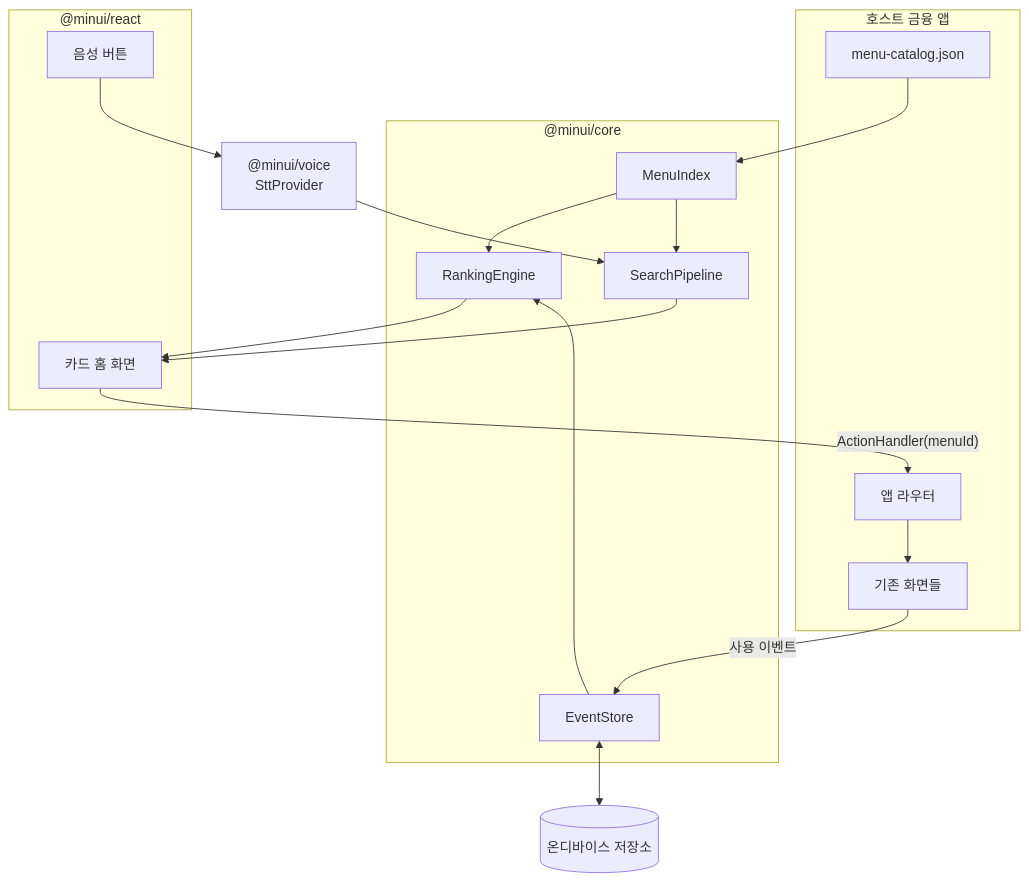
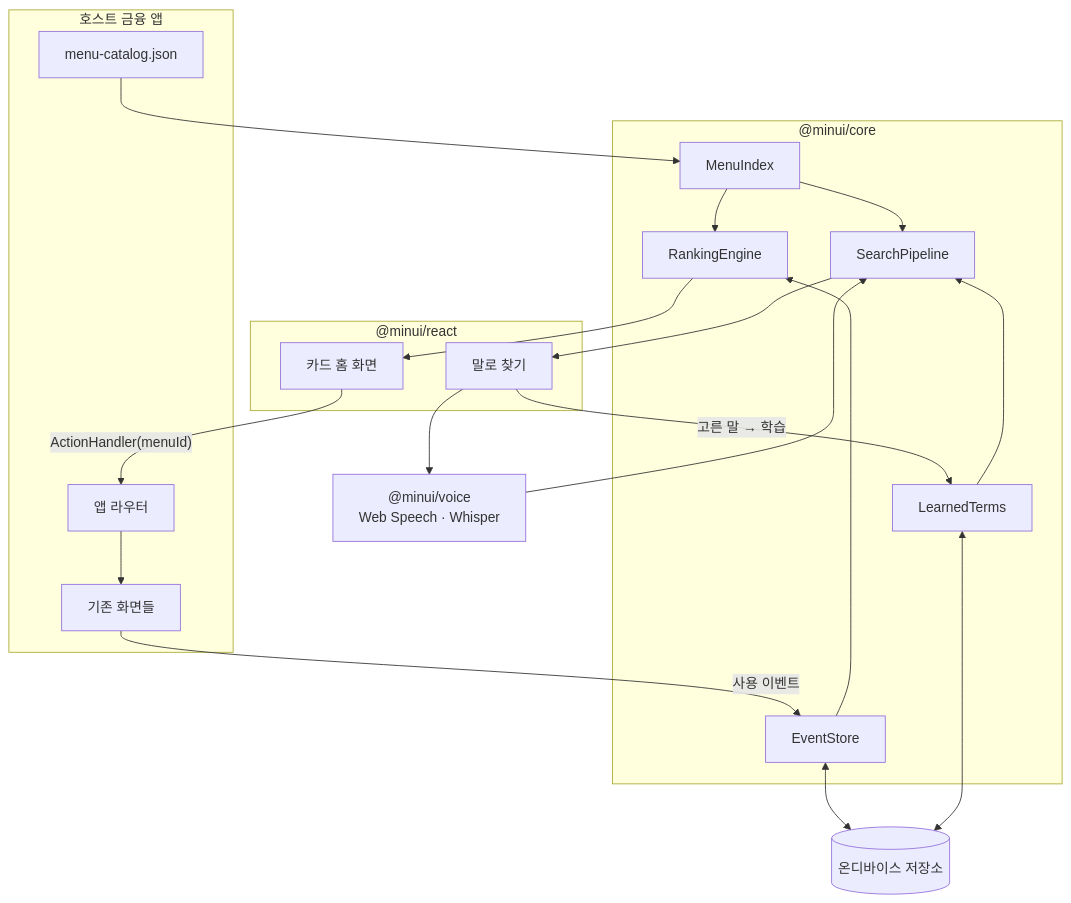
Before and after one commit to W1nyu/minUI: the first of 2 diagrams in docs/기획안.md, drawn with Mermaid. The commit also changed other lines of this file and 6 other files, not shown here.

````diff
--- a/docs/기획안.md
+++ b/docs/기획안.md
@@ -243,36 +311,40 @@
 ```mermaid
 flowchart TB
     subgraph Host["호스트 금융 앱"]
         Catalog["menu-catalog.json"]
         Router["앱 라우터"]
         Screens["기존 화면들"]
     end
 
     subgraph Core["@minui/core"]
         Events["EventStore"]
         Rank["RankingEngine"]
         Index["MenuIndex"]
         Search["SearchPipeline"]
+        Learned["LearnedTerms"]
     end
 
     subgraph UI["@minui/react"]
         Home["카드 홈 화면"]
-        Voice["음성 버튼"]
+        Voice["말로 찾기"]
     end
 
-    STT["@minui/voice<br/>SttProvider"]
+    STT["@minui/voice<br/>Web Speech · Whisper"]
     DB[("온디바이스 저장소")]
 
     Catalog --> Index
     Index --> Rank
     Index --> Search
     Events <--> DB
+    Learned <--> DB
     Events --> Rank
     Rank --> Home
     Voice --> STT
     STT --> Search
-    Search --> Home
+    Learned --> Search
+    Search --> Voice
+    Voice -->|"고른 말 → 학습"| Learned
     Home -->|"ActionHandler(menuId)"| Router
     Router --> Screens
     Screens -->|"사용 이벤트"| Events
 ```
````
